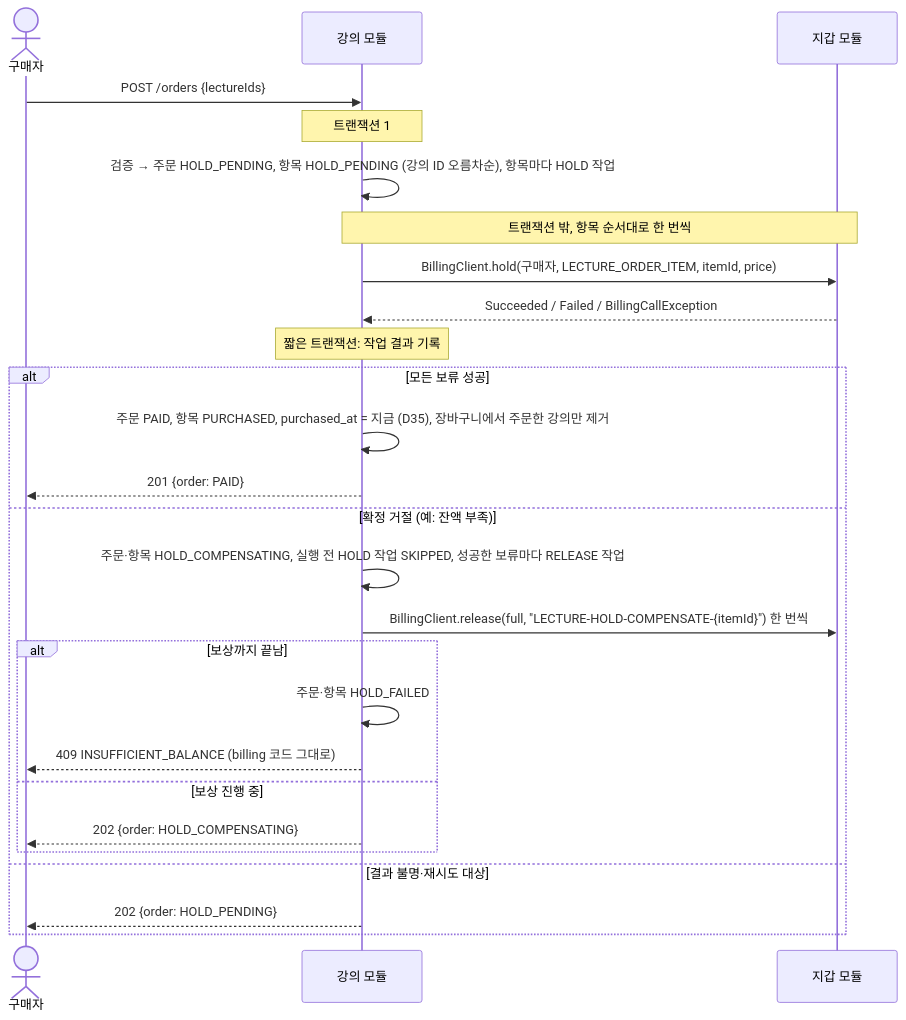
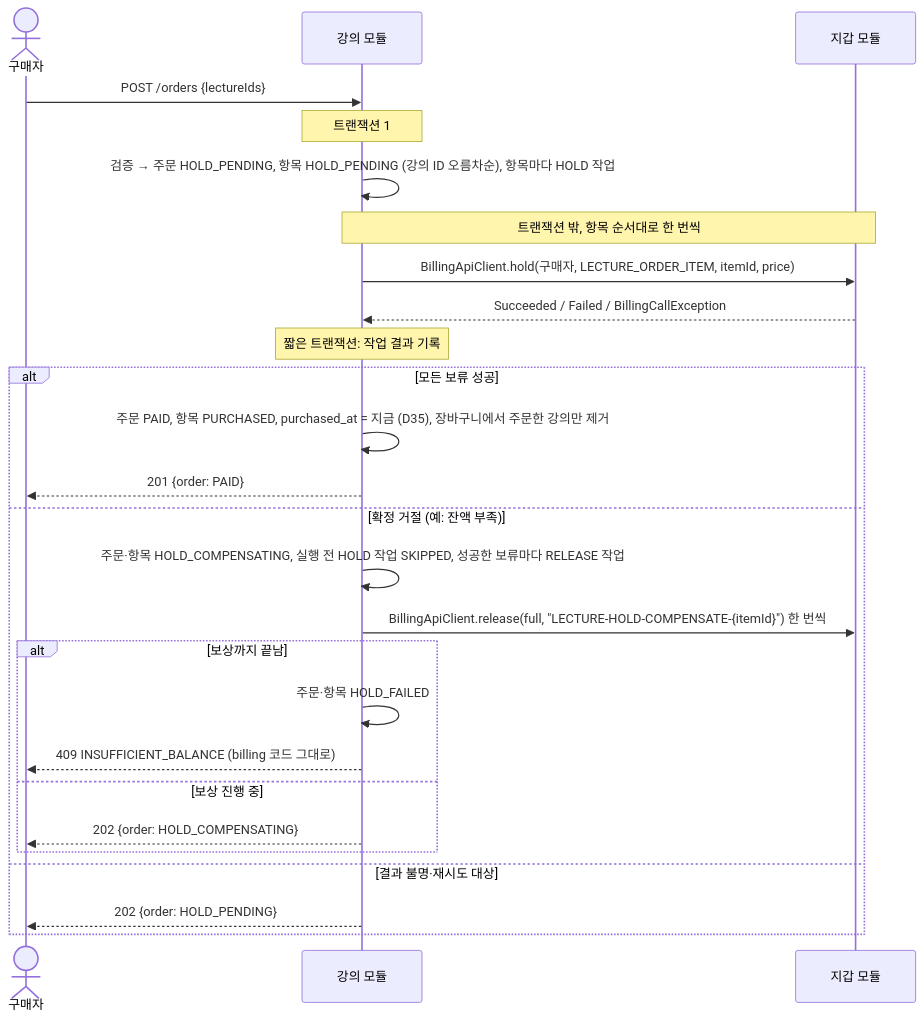
Before and after one commit to prgrms-be-adv-devcourse/beadv8_8_LMS_BE: the fifth of 9 diagrams in docs/design/lecture-module.md, drawn with Mermaid. The commit also changed other lines of this file, not shown here.

````diff
--- a/docs/design/lecture-module.md
+++ b/docs/design/lecture-module.md
@@ -526,28 +532,28 @@
 ```mermaid
 sequenceDiagram
     actor B as 구매자
     participant LEC as 강의 모듈
     participant WAL as 지갑 모듈
     B->>LEC: POST /orders {lectureIds}
     Note over LEC: 트랜잭션 1
     LEC->>LEC: 검증 → 주문 HOLD_PENDING, 항목 HOLD_PENDING (강의 ID 오름차순), 항목마다 HOLD 작업
     Note over LEC,WAL: 트랜잭션 밖, 항목 순서대로 한 번씩
-    LEC->>WAL: BillingClient.hold(구매자, LECTURE_ORDER_ITEM, itemId, price)
+    LEC->>WAL: BillingApiClient.hold(구매자, LECTURE_ORDER_ITEM, itemId, price)
     WAL-->>LEC: Succeeded / Failed / BillingCallException
     Note over LEC: 짧은 트랜잭션: 작업 결과 기록
     alt 모든 보류 성공
         LEC->>LEC: 주문 PAID, 항목 PURCHASED, purchased_at = 지금 (D35), 장바구니에서 주문한 강의만 제거
         LEC-->>B: 201 {order: PAID}
     else 확정 거절 (예: 잔액 부족)
         LEC->>LEC: 주문·항목 HOLD_COMPENSATING, 실행 전 HOLD 작업 SKIPPED, 성공한 보류마다 RELEASE 작업
-        LEC->>WAL: BillingClient.release(full, "LECTURE-HOLD-COMPENSATE-{itemId}") 한 번씩
+        LEC->>WAL: BillingApiClient.release(full, "LECTURE-HOLD-COMPENSATE-{itemId}") 한 번씩
         alt 보상까지 끝남
             LEC->>LEC: 주문·항목 HOLD_FAILED
             LEC-->>B: 409 INSUFFICIENT_BALANCE (billing 코드 그대로)
         else 보상 진행 중
             LEC-->>B: 202 {order: HOLD_COMPENSATING}
         end
     else 결과 불명·재시도 대상
         LEC-->>B: 202 {order: HOLD_PENDING}
     end
 ```
````
